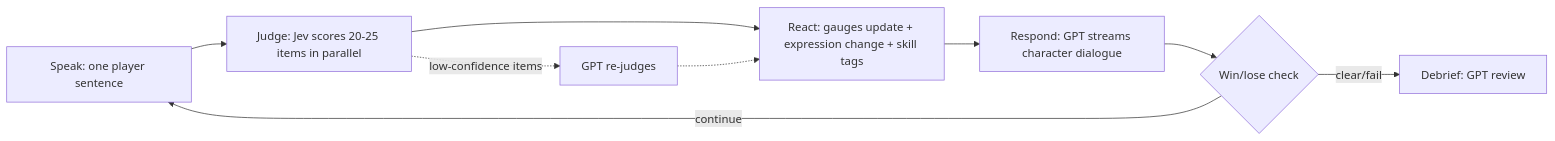
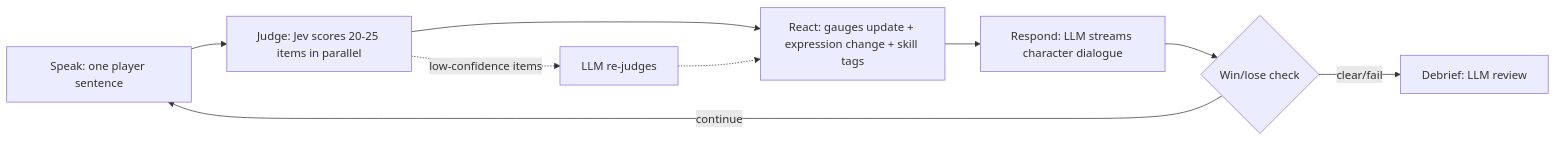
The diagram in docs/PRD.md (JustinFutureBillionaire/Sreak), drawn with Mermaid before and after one commit. The commit also changed other lines of this file and 1 other file, not shown here.

Commit message:
Merge updated PRD: GPT-5 nano/mini, voice input stretch goal, cost notes

````diff
--- a/docs/PRD.md
+++ b/docs/PRD.md
@@ -40,11 +40,11 @@
 ```mermaid
 flowchart LR
   A[Speak: one player sentence] --> B[Judge: Jev scores 20-25 items in parallel]
   B --> C[React: gauges update + expression change + skill tags]
-  C --> D[Respond: GPT streams character dialogue]
+  C --> D[Respond: LLM streams character dialogue]
   D --> E{Win/lose check}
   E -- continue --> A
-  E -- clear/fail --> F[Debrief: GPT review]
-  B -. low-confidence items .-> G[GPT re-judges]
+  E -- clear/fail --> F[Debrief: LLM review]
+  B -. low-confidence items .-> G[LLM re-judges]
   G -.-> C
 ```
````
